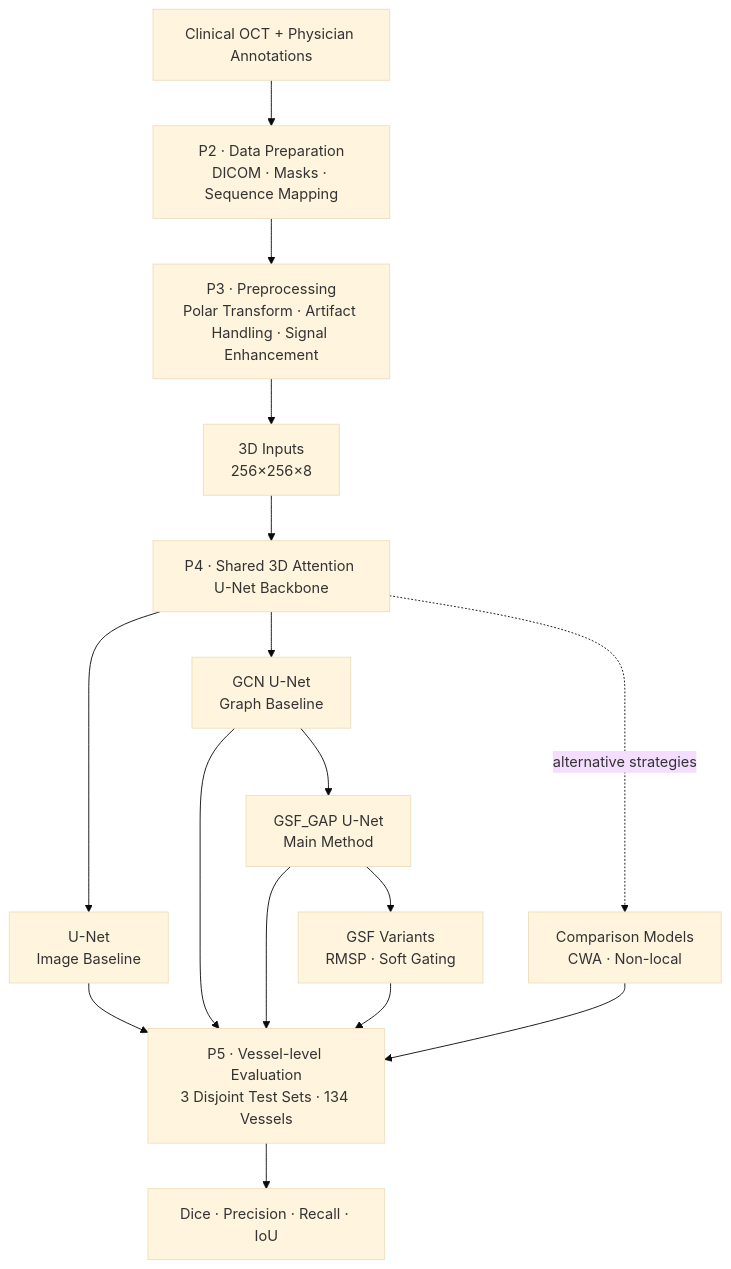
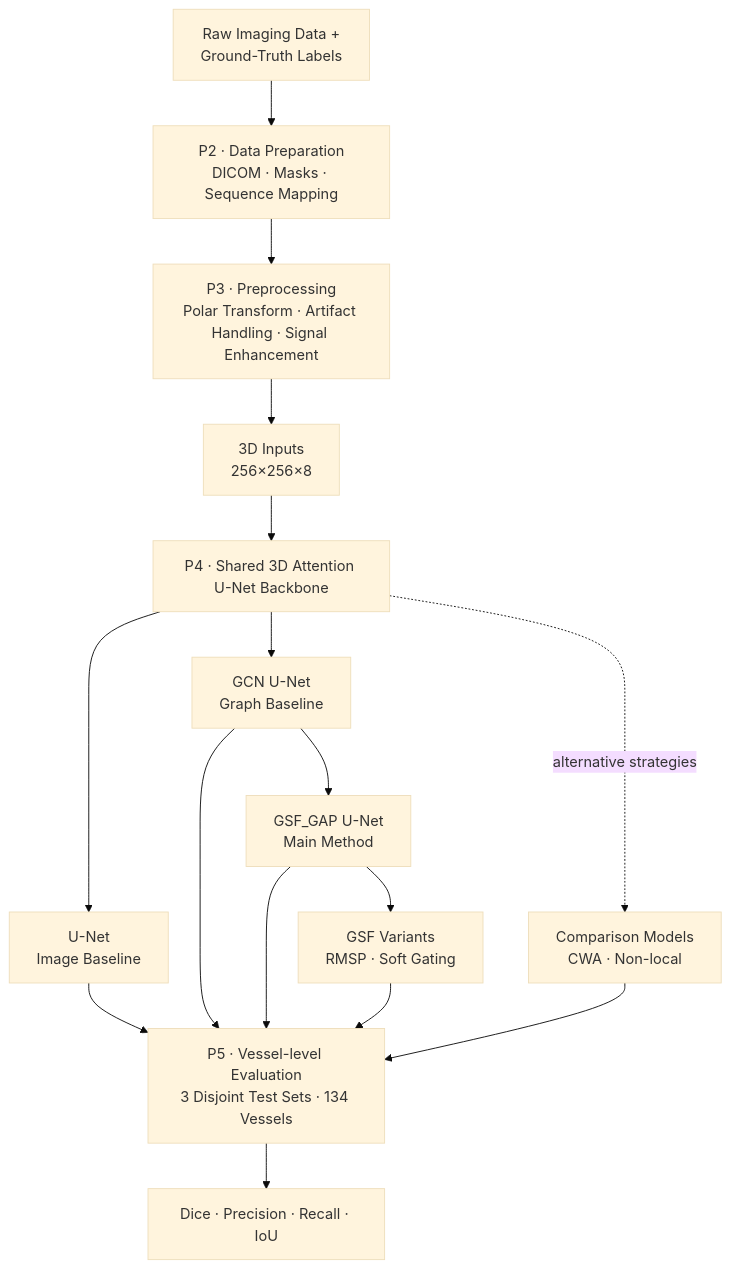
Before and after one commit to ChengYuChing/3D-DLimage-segmentation: the first of 5 diagrams in README.md, drawn with Mermaid (base theme).

Commit message:
Use engineering-oriented input terminology in system overview

````diff
--- a/README.md
+++ b/README.md
@@ -25,30 +25,30 @@
 ```mermaid
 flowchart TB
-    A["Clinical OCT + Physician Annotations"]
+    A["Raw Imaging Data +<br/>Ground-Truth Labels"]
     B["P2 · Data Preparation<br/>DICOM · Masks · Sequence Mapping"]
     C["P3 · Preprocessing<br/>Polar Transform · Artifact Handling · Signal Enhancement"]
     D["3D Inputs<br/>256×256×8"]
     E["P4 · Shared 3D Attention U-Net Backbone"]
 
     U["U-Net<br/>Image Baseline"]
     G["GCN U-Net<br/>Graph Baseline"]
     S["GSF_GAP U-Net<br/>Main Method"]
     V["GSF Variants<br/>RMSP · Soft Gating"]
     X["Comparison Models<br/>CWA · Non-local"]
 
     F["P5 · Vessel-level Evaluation<br/>3 Disjoint Test Sets · 134 Vessels"]
     R["Dice · Precision · Recall · IoU"]
 
     A --> B --> C --> D --> E
     E --> U
     E --> G --> S
     S --> V
     E -. "alternative strategies" .-> X
 
     U --> F
     G --> F
     S --> F
     V --> F
     X --> F
     F --> R
 ```
````
